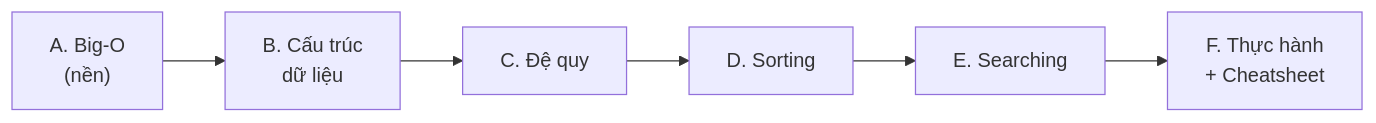
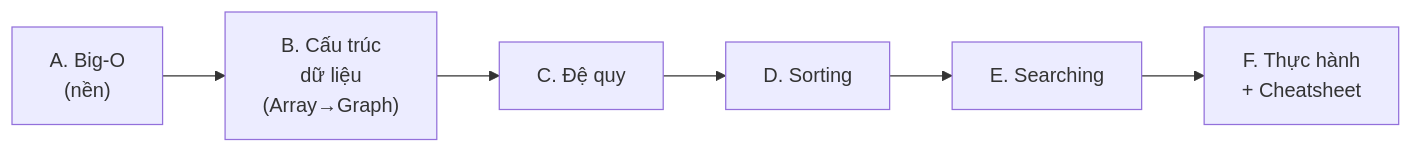
Before and after one commit to phanminhtai1029/obsidian-knowledge-base: the diagram in 00-Foundations/01-DSA/00-MOC-DSA.md, drawn with Mermaid. The commit also changed other lines of this file and 15 other files, not shown here.

First line of the commit message:
DSA: bổ sung Tree/BST/Heap/Graph + hoàn thiện Sorting (11→15 note)

````diff
--- a/00-Foundations/01-DSA/00-MOC-DSA.md
+++ b/00-Foundations/01-DSA/00-MOC-DSA.md
@@ -57,8 +61,8 @@
 ```mermaid
 flowchart LR
-    A["A. Big-O<br/>(nền)"] --> B["B. Cấu trúc<br/>dữ liệu"]
+    A["A. Big-O<br/>(nền)"] --> B["B. Cấu trúc<br/>dữ liệu<br/>(Array→Graph)"]
     B --> C["C. Đệ quy"]
     C --> D["D. Sorting"]
     D --> E["E. Searching"]
     E --> F["F. Thực hành<br/>+ Cheatsheet"]
 ```
````
